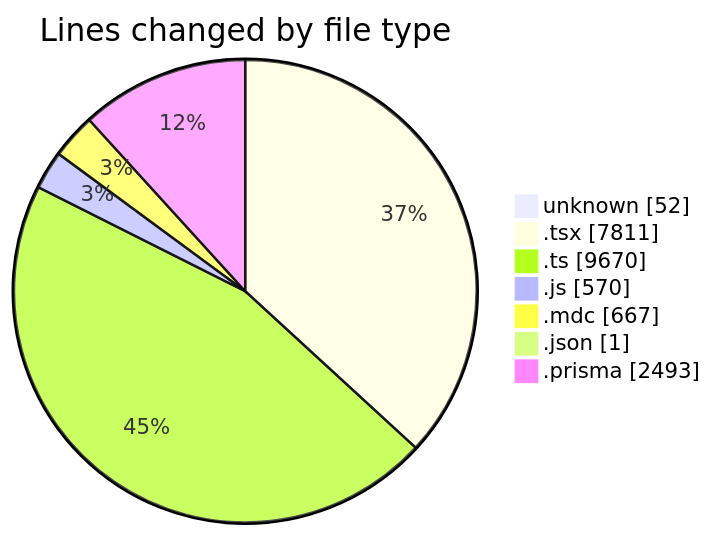
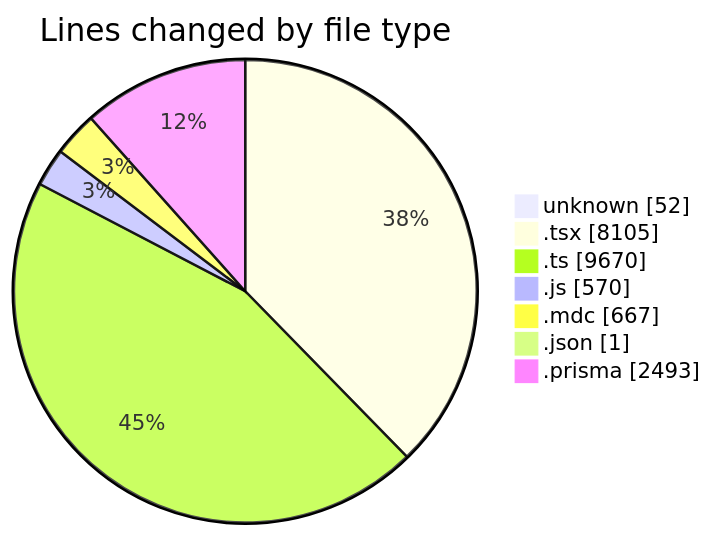
Before and after one commit to CELIANVF/code-tracking: the first of 2 diagrams in 2025-06-02/ecodeli-1/README.md, drawn with Mermaid. The commit also changed other lines of this file and 1 other file, not shown here.

````diff
--- a/2025-06-02/ecodeli-1/README.md
+++ b/2025-06-02/ecodeli-1/README.md
@@ -88,11 +89,11 @@
 ```mermaid
 pie showData
 title Lines changed by file type
 "unknown" : 52
-".tsx" : 7811
+".tsx" : 8105
 ".ts" : 9670
 ".js" : 570
 ".mdc" : 667
 ".json" : 1
 ".prisma" : 2493
 ```
````
